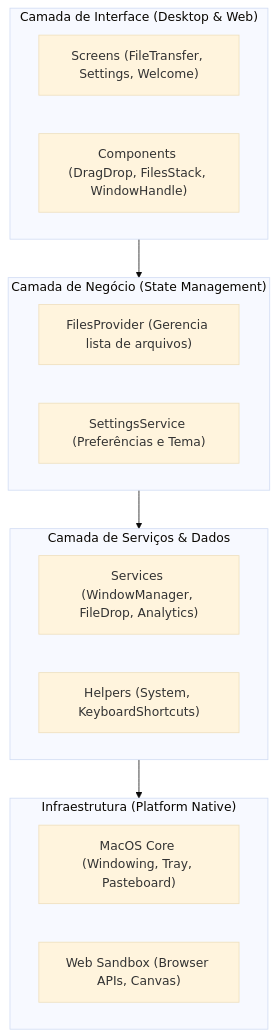
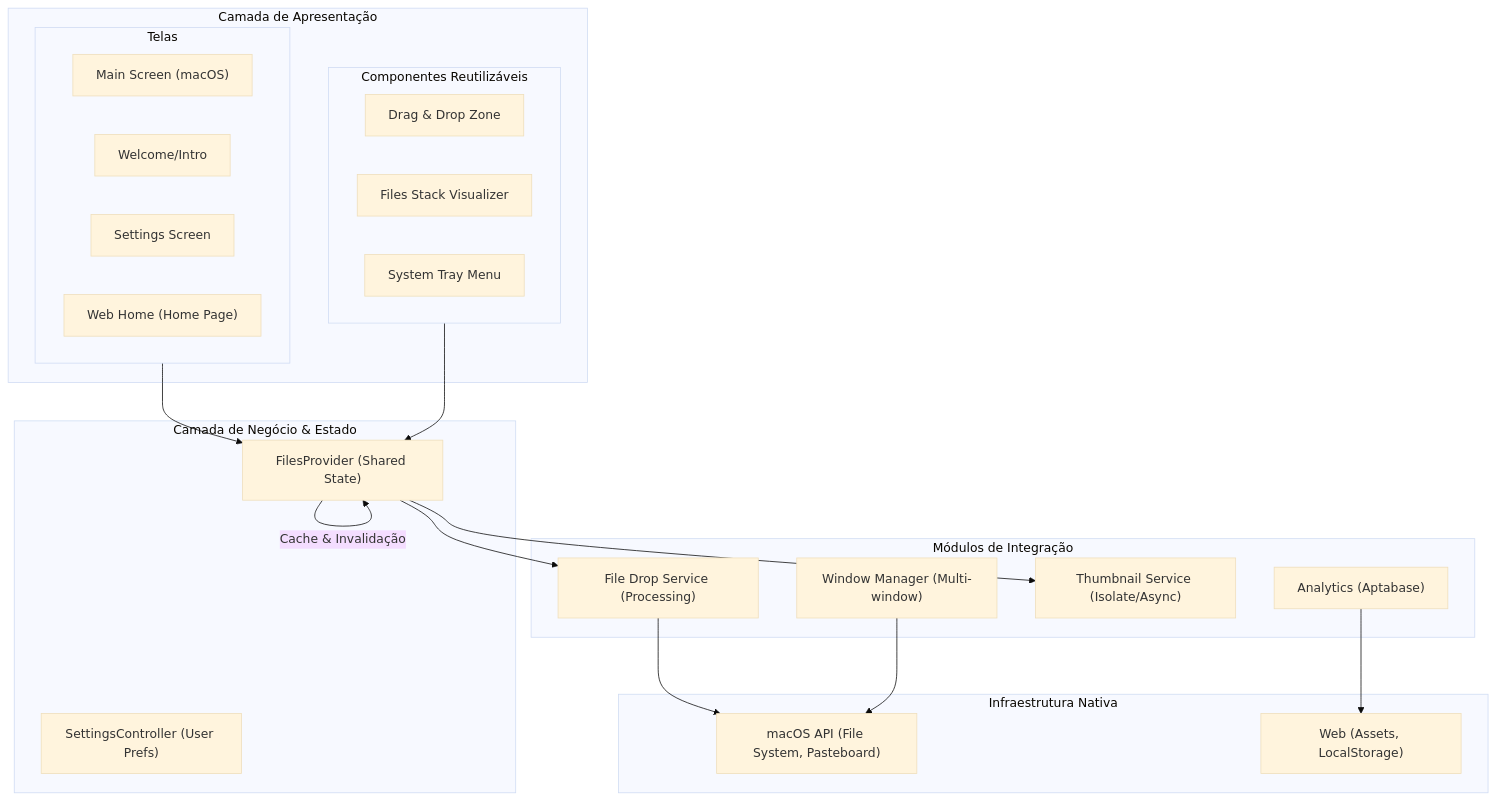
The first of 5 diagrams in doc/ARQUITETURA.md (victorcmarinho/EasierDrop), drawn with Mermaid (base theme) before and after one commit. The commit also changed other lines of this file, not shown here.

Commit message:
docs: Enhance architecture documentation with new class, sequence, and state diagrams and refined component flows.

````diff
--- a/doc/ARQUITETURA.md
+++ b/doc/ARQUITETURA.md
@@ -10,27 +8,42 @@
 ```mermaid
 graph TD
-    subgraph UI ["Camada de Interface (Desktop & Web)"]
-        Screens["Screens (FileTransfer, Settings, Welcome)"]
-        Components["Components (DragDrop, FilesStack, WindowHandle)"]
+    subgraph UI_Layer ["Camada de Apresentação"]
+        subgraph Views ["Telas"]
+            MS["Main Screen (macOS)"]
+            WS["Welcome/Intro"]
+            SS["Settings Screen"]
+            WWS["Web Home (Home Page)"]
+        end
+        subgraph Widgets ["Componentes Reutilizáveis"]
+            DD["Drag & Drop Zone"]
+            FS["Files Stack Visualizer"]
+            TB["System Tray Menu"]
+        end
     end
 
-    subgraph BusinessLogic ["Camada de Negócio (State Management)"]
-        FilesProvider["FilesProvider (Gerencia lista de arquivos)"]
-        SettingsService["SettingsService (Preferências e Tema)"]
+    subgraph Logic_Layer ["Camada de Negócio & Estado"]
+        FP["FilesProvider (Shared State)"]
+        SC["SettingsController (User Prefs)"]
+        FP -- "Cache & Invalidação" --> FP
     end
 
-    subgraph DataService ["Camada de Serviços & Dados"]
-        Services["Services (WindowManager, FileDrop, Analytics)"]
-        Helpers["Helpers (System, KeyboardShortcuts)"]
+    subgraph Service_Layer ["Módulos de Integração"]
+        WMS["Window Manager (Multi-window)"]
+        FDS["File Drop Service (Processing)"]
+        FTS["Thumbnail Service (Isolate/Async)"]
+        AS["Analytics (Aptabase)"]
     end
 
-    subgraph Infrastructure ["Infraestrutura (Platform Native)"]
-        macOS["MacOS Core (Windowing, Tray, Pasteboard)"]
-        Web["Web Sandbox (Browser APIs, Canvas)"]
+    subgraph System_Layer ["Infraestrutura Nativa"]
+        macOS["macOS API (File System, Pasteboard)"]
+        WebPlatform["Web (Assets, LocalStorage)"]
     end
 
-    %% Relações de dependência e fluxo
-    UI --> BusinessLogic
-    BusinessLogic --> DataService
-    DataService --> Infrastructure
+    %% Fluxos de Dados
+    Views --> FP
+    Widgets --> FP
+    FP --> FDS & FTS
+    FDS --> macOS
+    WMS --> macOS
+    AS --> WebPlatform
 ```
````
